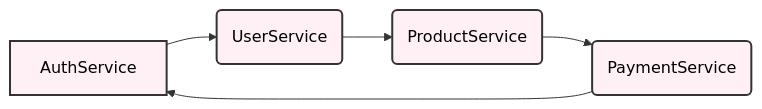
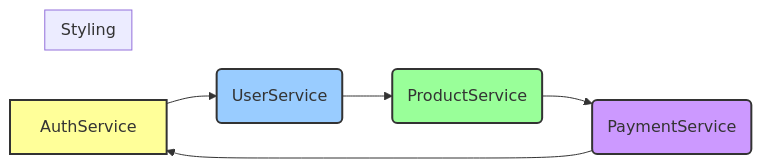
One commit to ikko/sym changed the second of 5 diagrams in docs/3_advanced_tutorial.md. Above: the diagram before and after it, drawn with Mermaid. The commit also changed other lines of this file and 6 other files, not shown here.

````diff
--- a/docs/3_advanced_tutorial.md
+++ b/docs/3_advanced_tutorial.md
@@ -93,12 +95,14 @@
 ```mermaid
 graph LR
     A[AuthService] --> B(UserService)
     B --> C(ProductService)
     C --> D(PaymentService)
     D --> A
 
-    style A fill:#FFF0F5,stroke:#333,stroke-width:2px,color:#000000
-    style B fill:#FFF0F5,stroke:#333,stroke-width:2px,color:#000000
-    style C fill:#FFF0F5,stroke:#333,stroke-width:2px,color:#000000
-    style D fill:#FFF0F5,stroke:#333,stroke-width:2px,color:#000000
+    subgraph "Styling"
+        style A fill:#ff9,stroke:#333,stroke-width:2px
+        style B fill:#9cf,stroke:#333,stroke-width:2px
+        style C fill:#9f9,stroke:#333,stroke-width:2px
+        style D fill:#c9f,stroke:#333,stroke-width:2px
+    end
 ```
````
